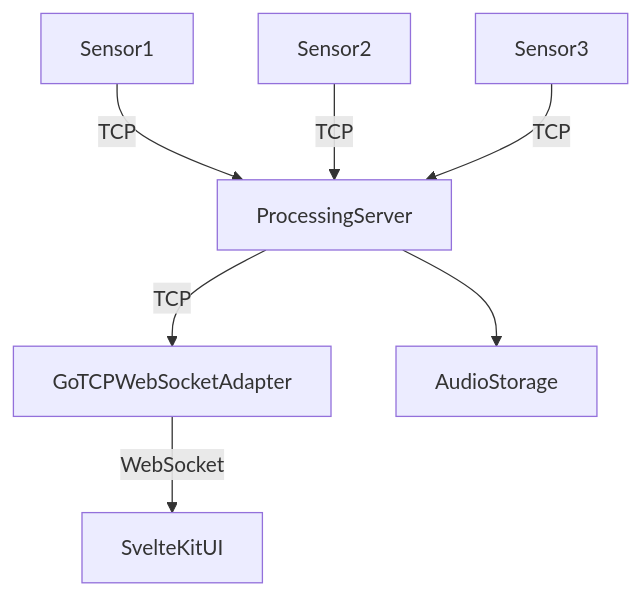
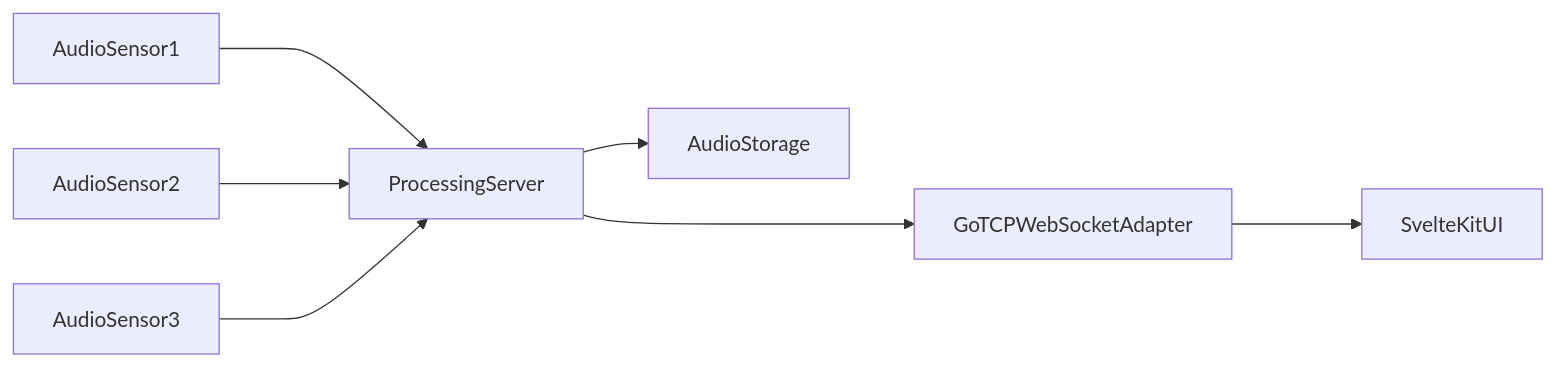
The diagram in profile/README.md (Sense-Scape/.github), drawn with Mermaid before and after one commit. The commit also changed other lines of this file, not shown here.

````diff
--- a/profile/README.md
+++ b/profile/README.md
@@ -7,12 +9,13 @@
 ``` mermaid
-graph TD; 
+graph LR; 
 
-Sensor1 --TCP--> ProcessingServer
-Sensor2 --TCP--> ProcessingServer
-Sensor3 --TCP--> ProcessingServer
+AudioSensor1 ---> ProcessingServer
+AudioSensor2 ---> ProcessingServer
+AudioSensor3 ---> ProcessingServer
 
-ProcessingServer --TCP-->GoTCPWebSocketAdapter
+ProcessingServer --->GoTCPWebSocketAdapter
 ProcessingServer --> AudioStorage
-GoTCPWebSocketAdapter --WebSocket-->SvelteKitUI
+
+GoTCPWebSocketAdapter --->SvelteKitUI
 
 ```
````
